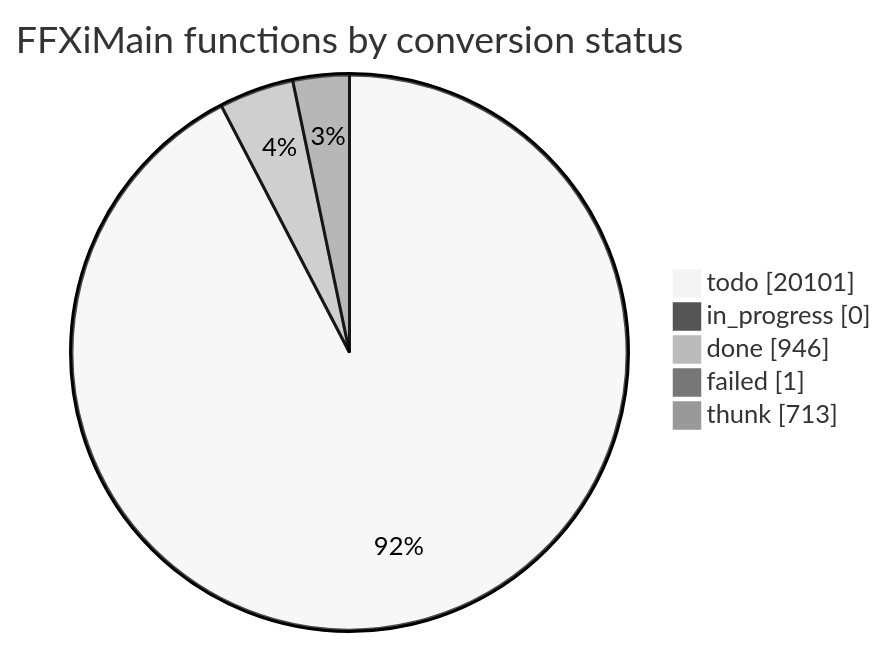
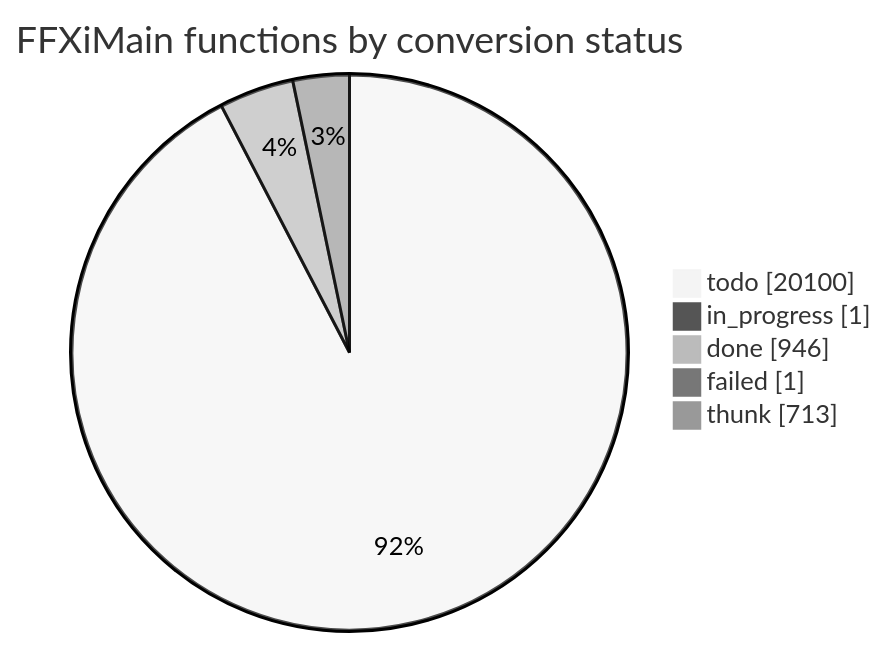
One commit to cowrevenge/cow_kuluu_xi_anything changed the diagram in docs/cow/STATUS.md. Above: the diagram before and after it, drawn with Mermaid (neutral theme). The commit also changed other lines of this file and 6 other files, not shown here.

````diff
--- a/docs/cow/STATUS.md
+++ b/docs/cow/STATUS.md
@@ -18,9 +18,9 @@
 ```mermaid
 pie showData
     title FFXiMain functions by conversion status
-    "todo" : 20101
-    "in_progress" : 0
+    "todo" : 20100
+    "in_progress" : 1
     "done" : 946
     "failed" : 1
     "thunk" : 713
 ```
````
